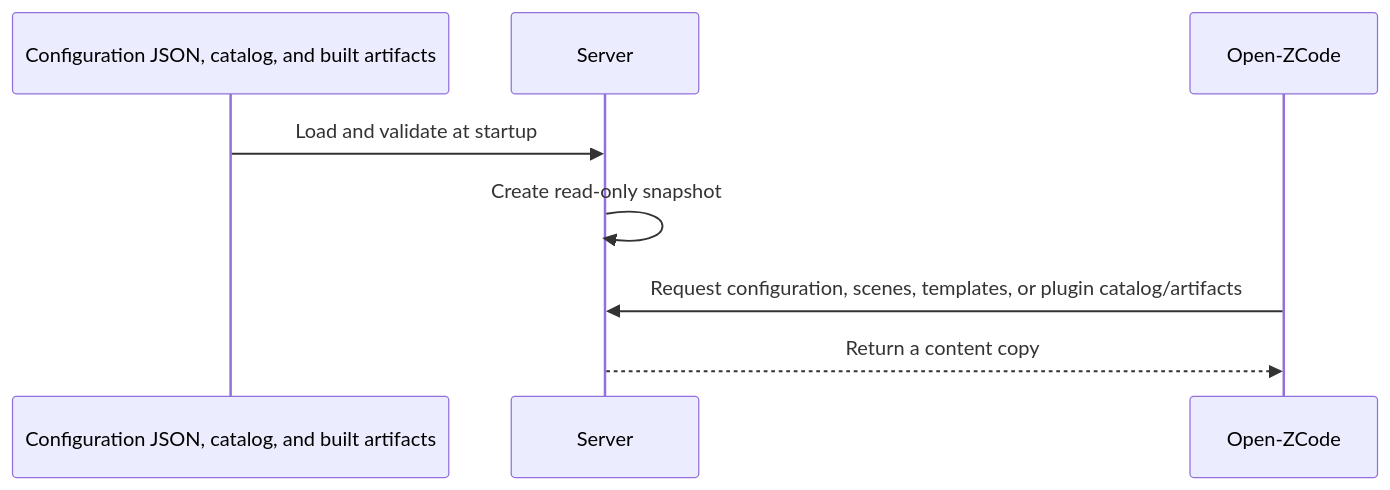
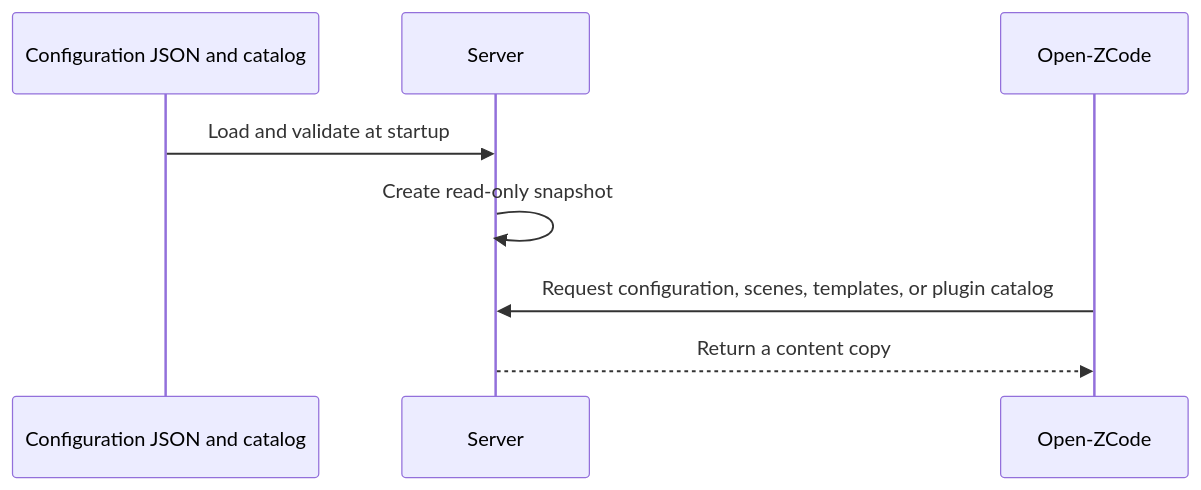
One commit to Leelion96/Open-ZCode-Server changed the second of 2 diagrams in README.en.md. Above: the diagram before and after it, drawn with Mermaid. The commit also changed other lines of this file and 1458 other files, not shown here.

````diff
--- a/README.en.md
+++ b/README.en.md
@@ -139,10 +134,10 @@
 ```mermaid
 sequenceDiagram
-  participant Files as Configuration JSON, catalog, and built artifacts
+  participant Files as Configuration JSON and catalog
   participant Server as Server
   participant Client as Open-ZCode
   Files->>Server: Load and validate at startup
   Server->>Server: Create read-only snapshot
-  Client->>Server: Request configuration, scenes, templates, or plugin catalog/artifacts
+  Client->>Server: Request configuration, scenes, templates, or plugin catalog
   Server-->>Client: Return a content copy
 ```
````
